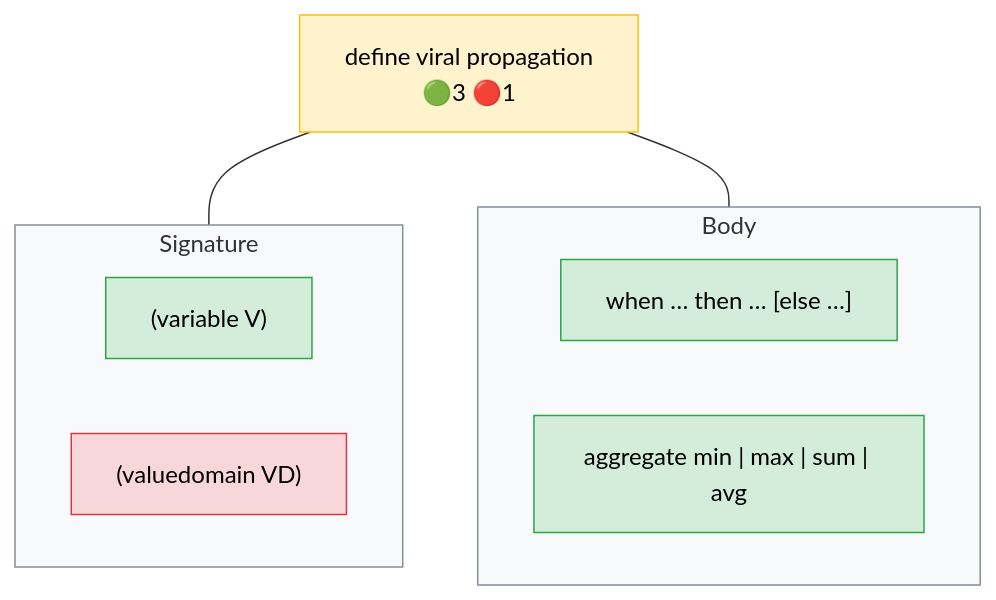
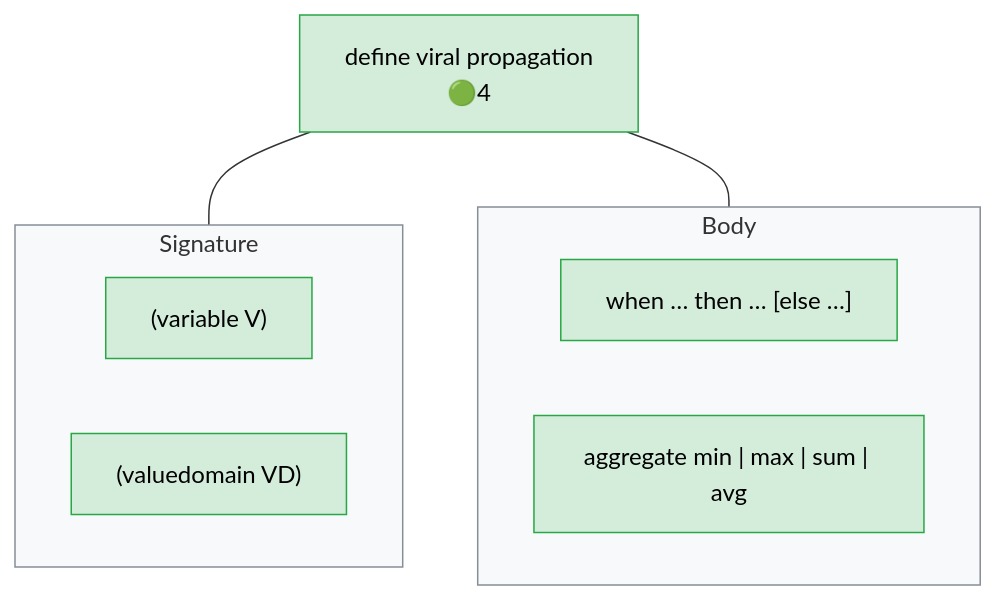
One commit to Meaningful-Data/vtlengine changed the diagram in docs/operator_map/definitions/define_viral_propagation.rst. Above: the diagram before and after it, drawn with Mermaid. The commit also changed other lines of this file and 100 other files, not shown here.

```diff
--- a/docs/operator_map/definitions/define_viral_propagation.rst
+++ b/docs/operator_map/definitions/define_viral_propagation.rst
@@ -24,30 +24,30 @@
 .. mermaid::
    :config: {"flowchart": {"useMaxWidth": false}}
 
    flowchart TB
        classDef ok fill:#d4edda,stroke:#28a745,color:#000
        classDef partial fill:#fff3cd,stroke:#ffc107,color:#000
        classDef refused fill:#d4edda,stroke:#28a745,stroke-width:3px,stroke-dasharray: 2 2,color:#000
        classDef missing fill:#f8d7da,stroke:#dc3545,color:#000
        classDef diverge fill:#cce5ff,stroke:#007bff,color:#000
        classDef block fill:#2b3a4a,stroke:#2b3a4a,color:#fff,font-weight:bold
        classDef ext fill:#fff,stroke:#666,color:#000,stroke-dasharray: 5 5
-       O["define viral propagation<br/>🟢3 🔴1"]:::partial
+       O["define viral propagation<br/>🟢4"]:::ok
        subgraph G_b1["Signature"]
            direction LR
            v_variable["(variable V)"]:::ok
-           v_valuedomain["(valuedomain VD)"]:::missing
+           v_valuedomain["(valuedomain VD)"]:::ok
        end
        subgraph G_b2["Body"]
            direction LR
            v_enumerated["when … then … #91;else …#93;"]:::ok
            v_aggregation["aggregate min #124; max #124; sum #124; avg"]:::ok
        end
        O --- G_b1
        O --- G_b2
        style G_b1 fill:#f8f9fa,stroke:#868e96,stroke-width:1px
        style G_b2 fill:#f8f9fa,stroke:#868e96,stroke-width:1px
        click v_variable href "#form-variable"
        click v_valuedomain href "#form-valuedomain"
        click v_enumerated href "#form-enumerated"
        click v_aggregation href "#form-aggregation"
```
